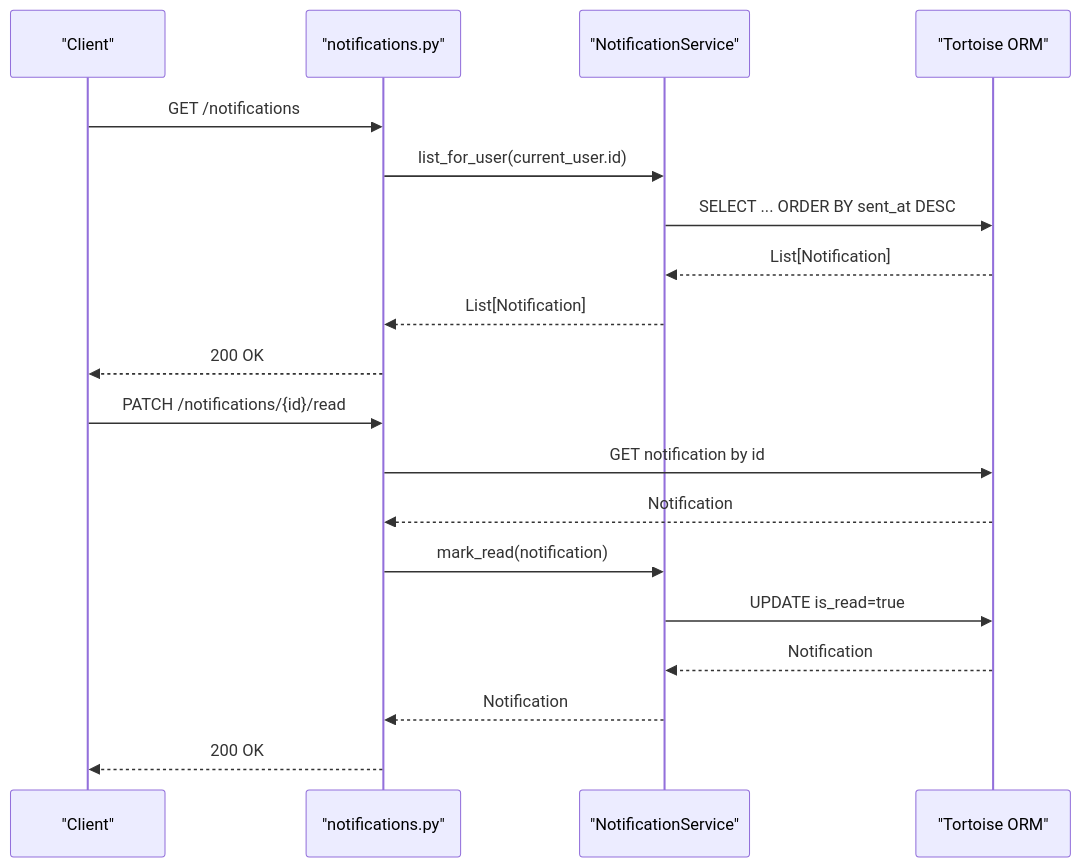
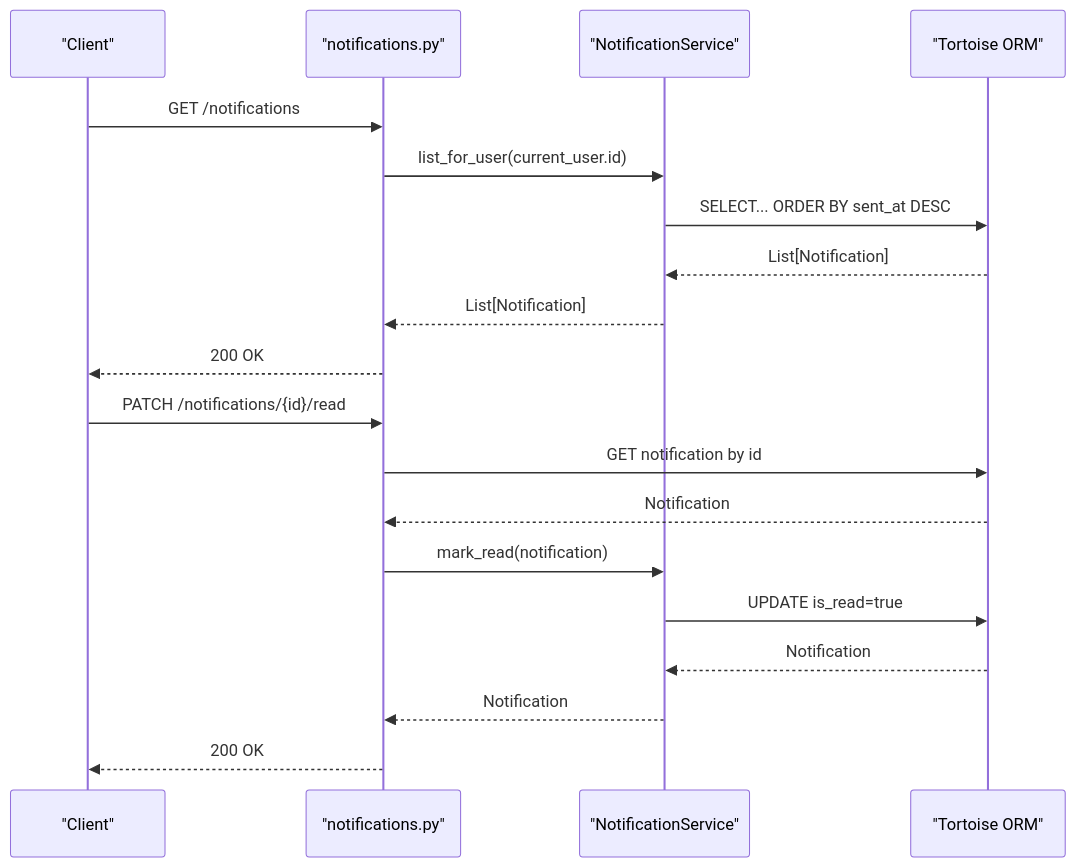
The fourth of 8 diagrams in src/data/docs/mooc-utils/API Reference/Announcements & Notifications API.md (tashifkhan/tashif.codes), drawn with Mermaid before and after one commit. The commit also changed other lines of this file and 2128 other files, not shown here.

First line of the commit message:
docs: replace raster diagram images with native Mermaid across project guides

````diff
--- a/src/data/docs/mooc-utils/API Reference/Announcements & Notifications API.md
+++ b/src/data/docs/mooc-utils/API Reference/Announcements & Notifications API.md
@@ -138,21 +135,21 @@
 ```mermaid
 sequenceDiagram
 participant Client as "Client"
 participant Router as "notifications.py"
 participant Service as "NotificationService"
 participant DB as "Tortoise ORM"
 Client->>Router : GET /notifications
 Router->>Service : list_for_user(current_user.id)
-Service->>DB : SELECT ... ORDER BY sent_at DESC
+Service->>DB : SELECT... ORDER BY sent_at DESC
 DB-->>Service : List[Notification]
 Service-->>Router : List[Notification]
 Router-->>Client : 200 OK
 Client->>Router : PATCH /notifications/{id}/read
 Router->>DB : GET notification by id
 DB-->>Router : Notification
 Router->>Service : mark_read(notification)
 Service->>DB : UPDATE is_read=true
 DB-->>Service : Notification
 Service-->>Router : Notification
 Router-->>Client : 200 OK
 ```
````
